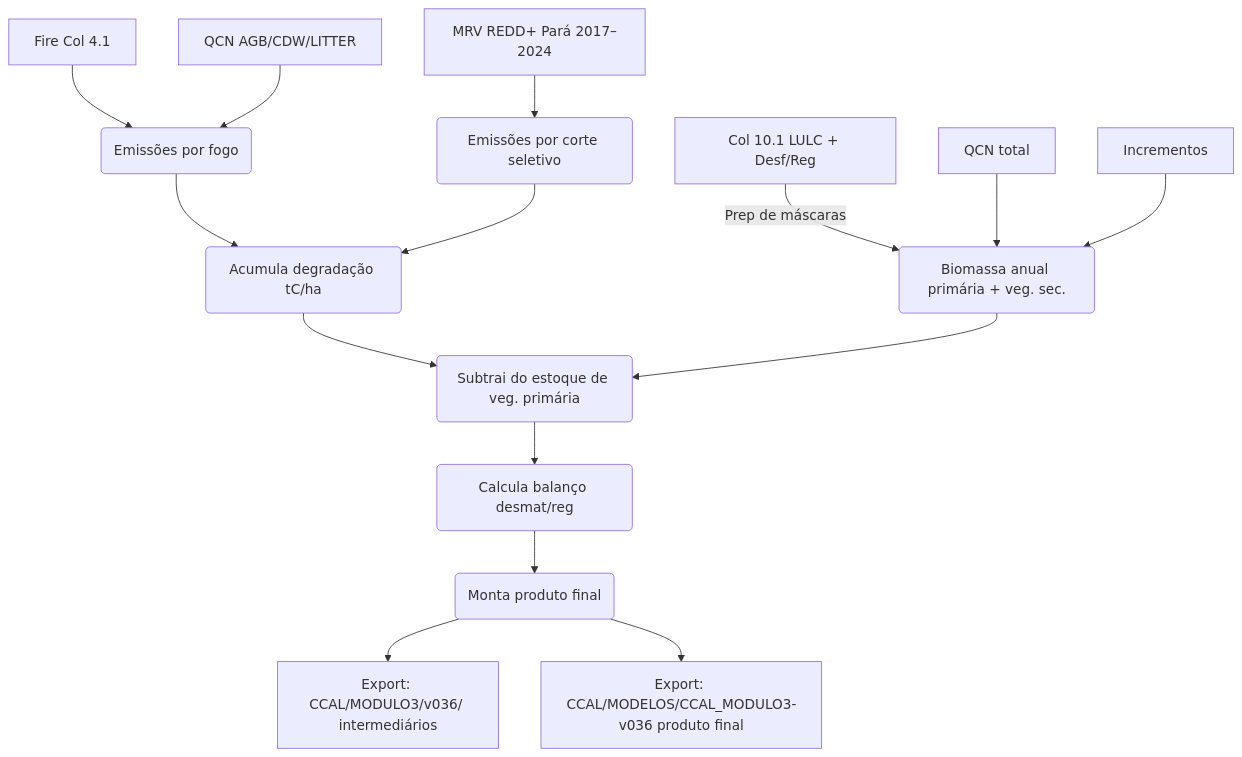
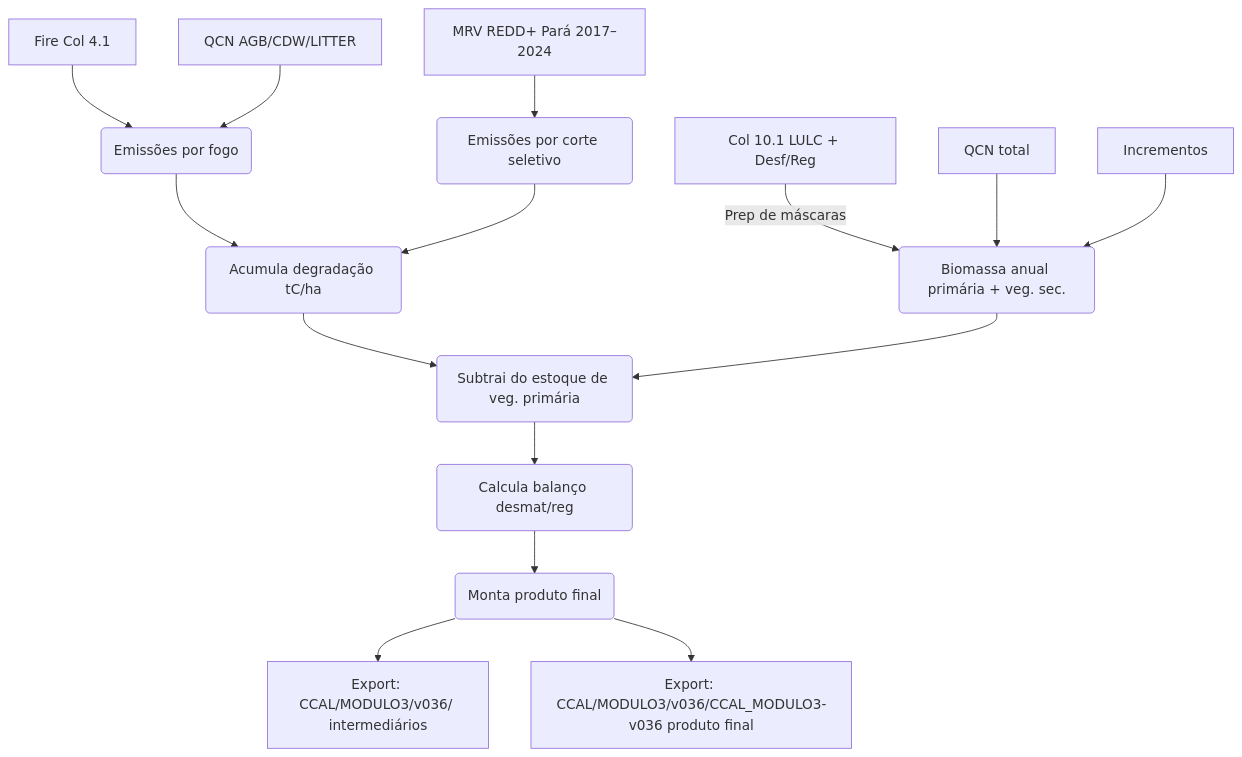
One commit to wallyboy22/carboncal_2-0 changed the diagram in 00_readme.md. Above: the diagram before and after it, drawn with Mermaid. The commit also changed other lines of this file and 40 other files, not shown here.

````diff
--- a/00_readme.md
+++ b/00_readme.md
@@ -175,24 +175,24 @@
 ```mermaid
 graph TD
     A[Col 10.1 LULC + Desf/Reg] -->|Prep de máscaras| B(Biomassa anual primária + veg. sec.)
     QCN[QCN total] --> B
     Inc[Incrementos] --> B
     
     Fire[Fire Col 4.1] --> C(Emissões por fogo)
     QCN_Bands[QCN AGB/CDW/LITTER] --> C
     
     Logging[MRV REDD+ Pará 2017–2024] --> D(Emissões por corte seletivo)
     
     C --> E(Acumula degradação tC/ha)
     D --> E
     
     E --> F(Subtrai do estoque de veg. primária)
     B --> F
     
     F --> G(Calcula balanço desmat/reg)
     
     G --> H(Monta produto final)
     
     H --> I[Export: CCAL/MODULO3/v036/ intermediários]
-    H --> J[Export: CCAL/MODELOS/CCAL_MODULO3-v036 produto final]
+    H --> J[Export: CCAL/MODULO3/v036/CCAL_MODULO3-v036 produto final]
 ```
````
